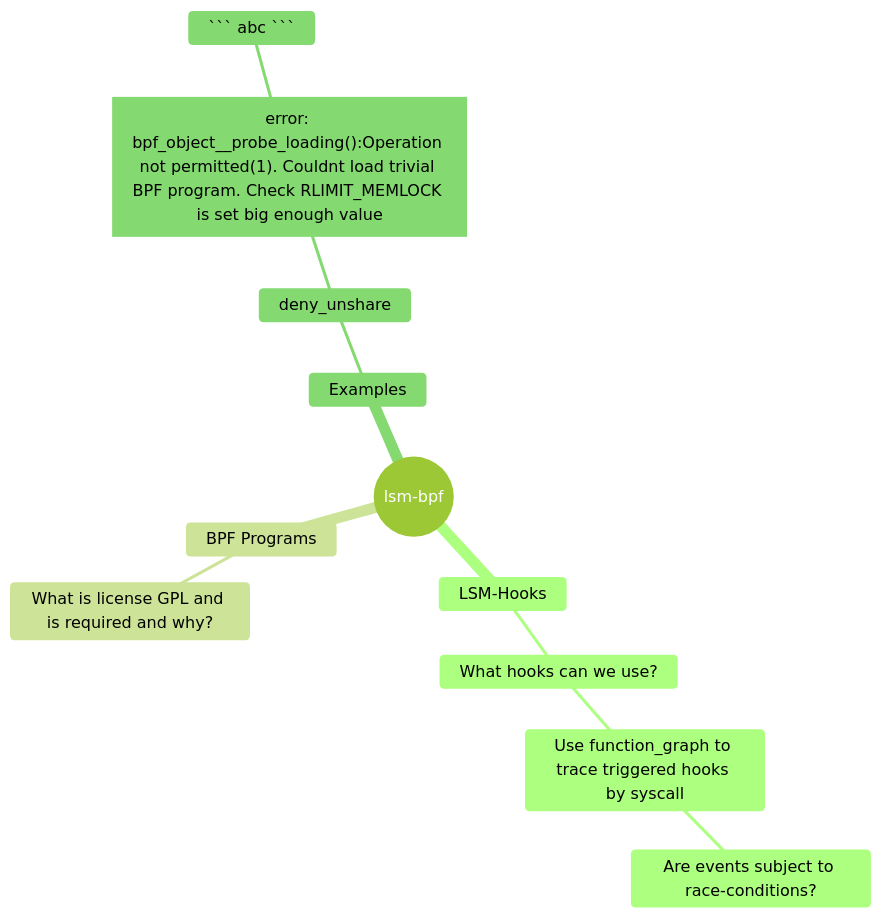
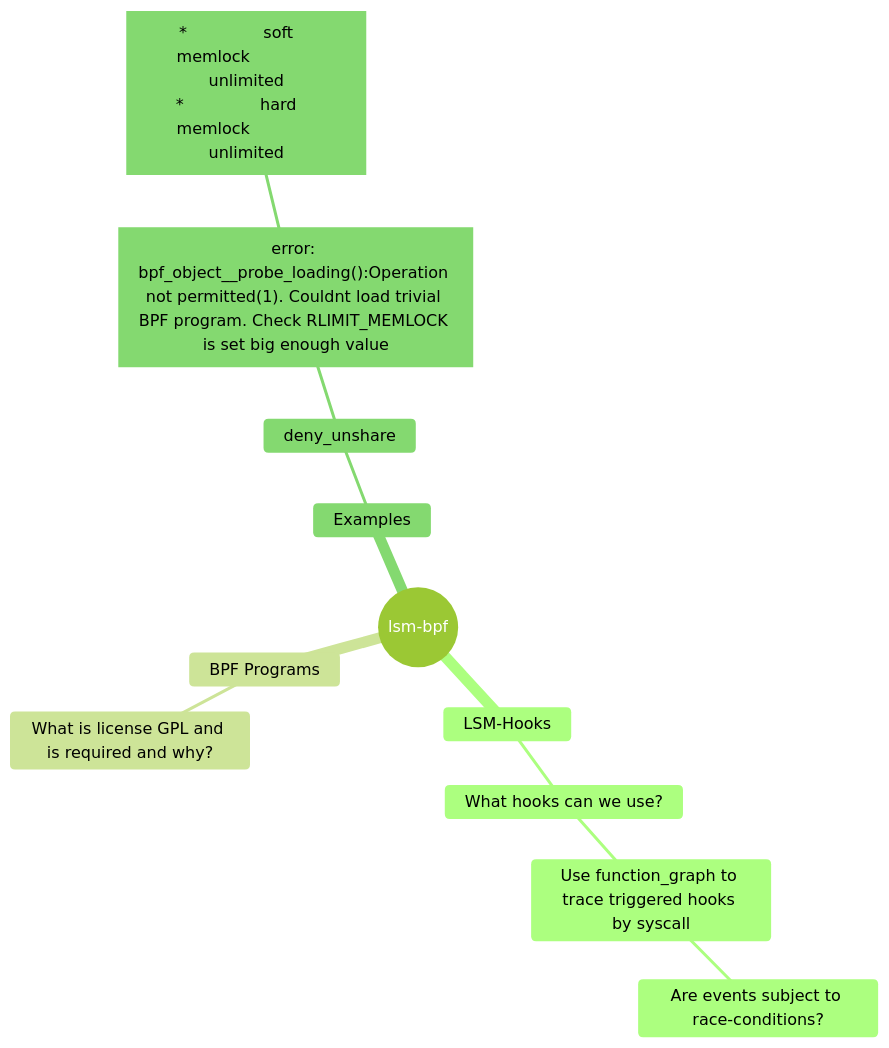
One commit to Turbodunker/lsm-bpf changed the diagram in Questions:.md. Above: the diagram before and after it, drawn with Mermaid (forest theme).

Commit message:
Updated Questions: (markdown)

````diff
--- a/Questions:.md
+++ b/Questions:.md
@@ -6,15 +6,16 @@
 ``` mermaid
     mindmap
         root((lsm-bpf))
             LSM-Hooks
                 What hooks can we use?
                     Use function_graph to trace triggered hooks by syscall
                         Are events subject to race-conditions?
             BPF Programs
                 What is license GPL and is required and why?
             Examples
                 deny_unshare
                     id1["error: bpf_object__probe_loading():Operation not permitted(1). Couldnt load trivial BPF program. Check RLIMIT_MEMLOCK is set big enough value"]
-                        ``` abc ```
+                        attempt1:["*               soft    memlock             unlimited
+*               hard    memlock             unlimited"]
 
 ```
````
